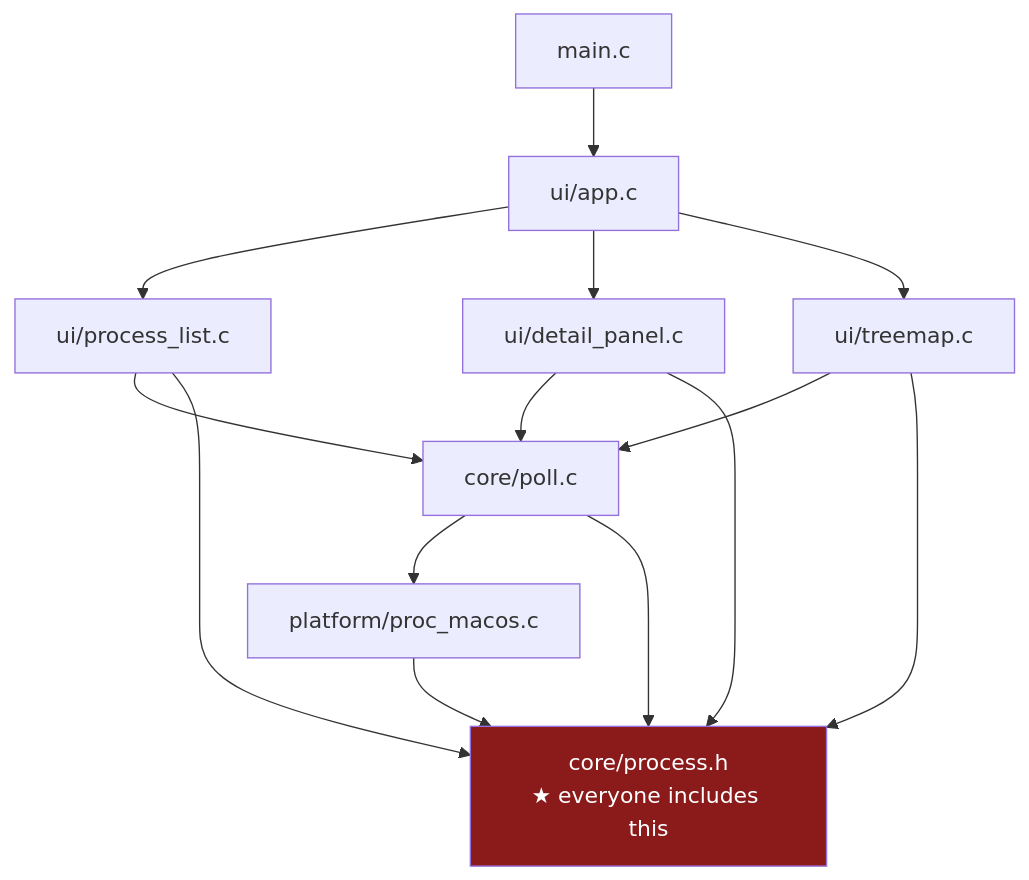
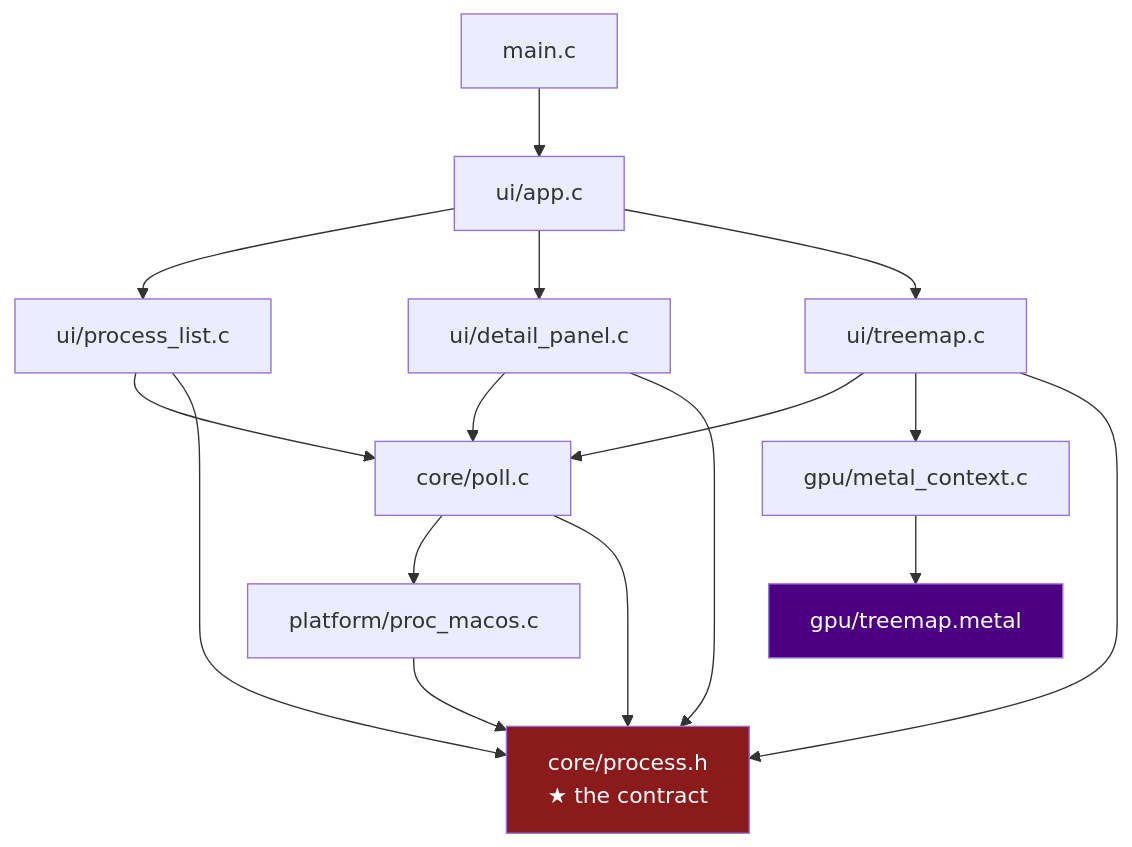
The tenth of 10 diagrams in docs/ARCHITECTURE.md (fcarvajalbrown/PulsOS), drawn with Mermaid before and after one commit. The commit also changed other lines of this file, not shown here.

````diff
--- a/docs/ARCHITECTURE.md
+++ b/docs/ARCHITECTURE.md
@@ -425,19 +726,24 @@
 ```mermaid
 graph TD
     main["main.c"]
     app["ui/app.c"]
     list["ui/process_list.c"]
     detail["ui/detail_panel.c"]
     treemap["ui/treemap.c"]
     poll["core/poll.c"]
-    ph["core/process.h\n★ everyone includes this"]
+    ph["core/process.h\n★ the contract"]
     macos["platform/proc_macos.c"]
+    mtlctx["gpu/metal_context.c"]
+    shader["gpu/treemap.metal"]
 
     main --> app
     app --> list & detail & treemap
     list & detail & treemap --> poll
+    treemap --> mtlctx
+    mtlctx --> shader
     poll --> macos
     poll & list & detail & treemap & macos --> ph
 
     style ph fill:#8b1a1a,color:#fff
+    style shader fill:#4a0080,color:#fff
 ```
````
